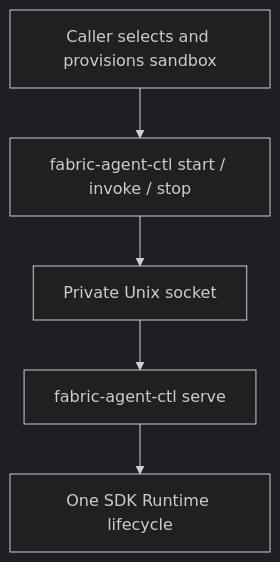
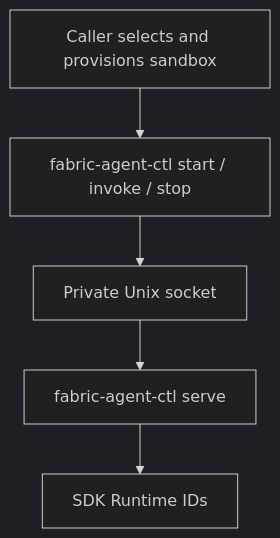
The diagram in sdk/python/nemo-fabric-runtime/src/nemo_fabric/runtime_server/README.md (AjayThorve/NeMo-Fabric), drawn with Mermaid (dark theme) before and after one commit. The commit also changed other lines of this file and 14 other files, not shown here.

````diff
--- a/sdk/python/nemo-fabric-runtime/src/nemo_fabric/runtime_server/README.md
+++ b/sdk/python/nemo-fabric-runtime/src/nemo_fabric/runtime_server/README.md
@@ -44,9 +44,9 @@
 ```mermaid
 flowchart TD
     Caller["Caller selects and provisions sandbox"]
     Bridge["fabric-agent-ctl start / invoke / stop"]
     Socket["Private Unix socket"]
     Host["fabric-agent-ctl serve"]
-    Runtime["One SDK Runtime lifecycle"]
+    Runtime["SDK Runtime IDs"]
     Caller --> Bridge --> Socket --> Host --> Runtime
 ```
````
